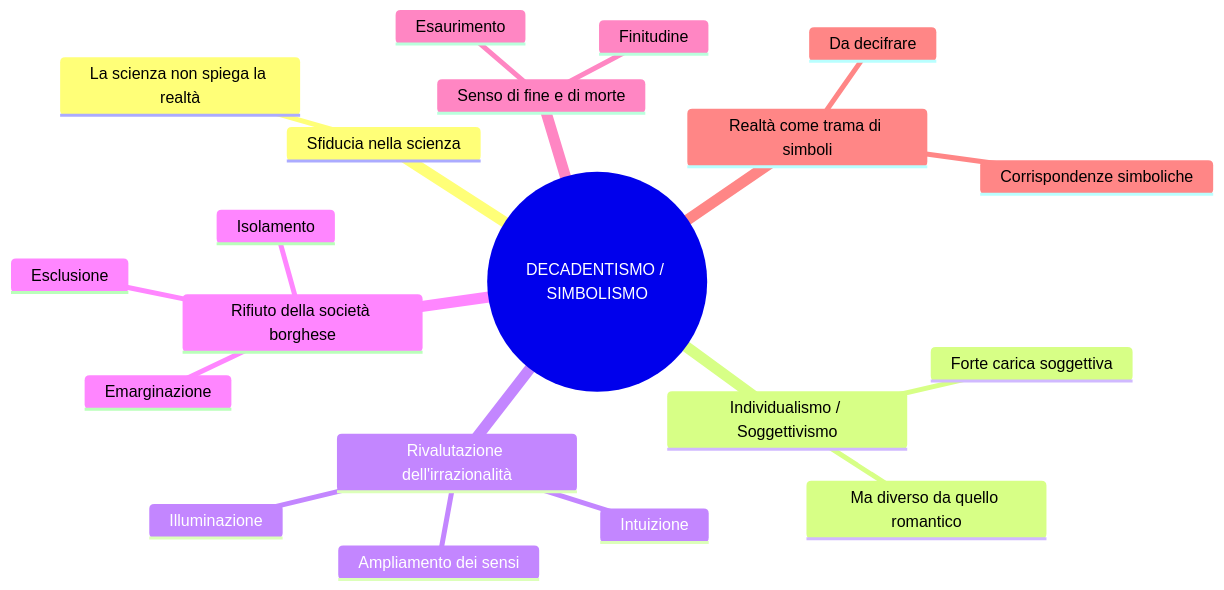
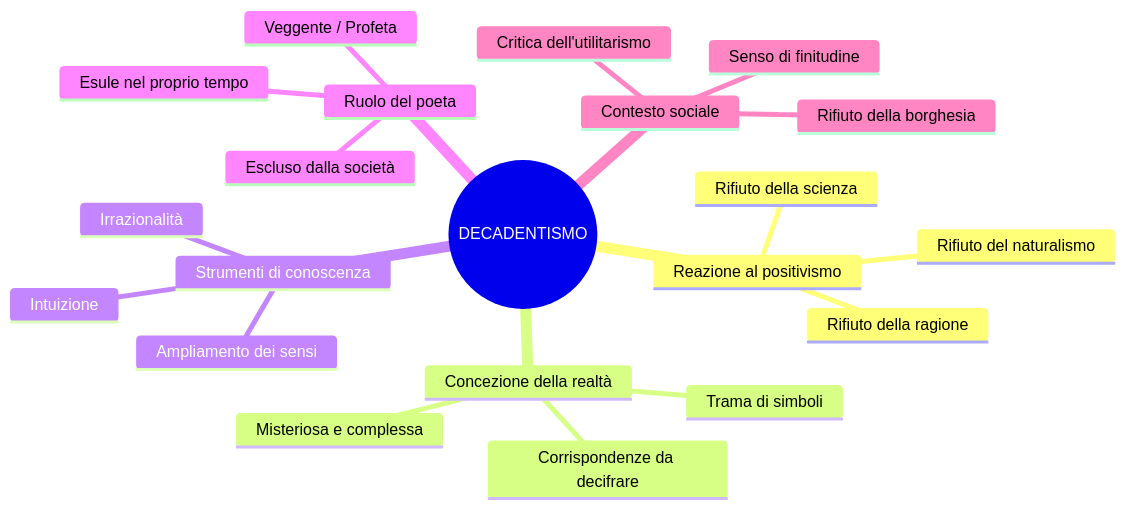
The first of 4 diagrams in italiano/decadentismo-simbolismo/mega-schema.md (riccardo-algorime/appunti-5Bsa), drawn with Mermaid before and after one commit. The commit also changed other lines of this file and 23 other files, not shown here.

````diff
--- a/italiano/decadentismo-simbolismo/mega-schema.md
+++ b/italiano/decadentismo-simbolismo/mega-schema.md
@@ -53,23 +52,24 @@
 ```mermaid
 mindmap
-  root((DECADENTISMO / SIMBOLISMO))
-    Sfiducia nella scienza
-      La scienza non spiega la realtà
-    Individualismo / Soggettivismo
-      Forte carica soggettiva
-      Ma diverso da quello romantico
-    Rivalutazione dell'irrazionalità
+  root((DECADENTISMO))
+    Reazione al positivismo
+      Rifiuto della ragione
+      Rifiuto della scienza
+      Rifiuto del naturalismo
+    Concezione della realtà
+      Misteriosa e complessa
+      Trama di simboli
+      Corrispondenze da decifrare
+    Strumenti di conoscenza
+      Irrazionalità
       Intuizione
-      Illuminazione
       Ampliamento dei sensi
-    Rifiuto della società borghese
-      Esclusione
-      Emarginazione
-      Isolamento
-    Senso di fine e di morte
-      Finitudine
-      Esaurimento
-    Realtà come trama di simboli
-      Da decifrare
-      Corrispondenze simboliche
+    Ruolo del poeta
+      Escluso dalla società
+      Esule nel proprio tempo
+      Veggente / Profeta
+    Contesto sociale
+      Rifiuto della borghesia
+      Critica dell'utilitarismo
+      Senso di finitudine
 ```
````
